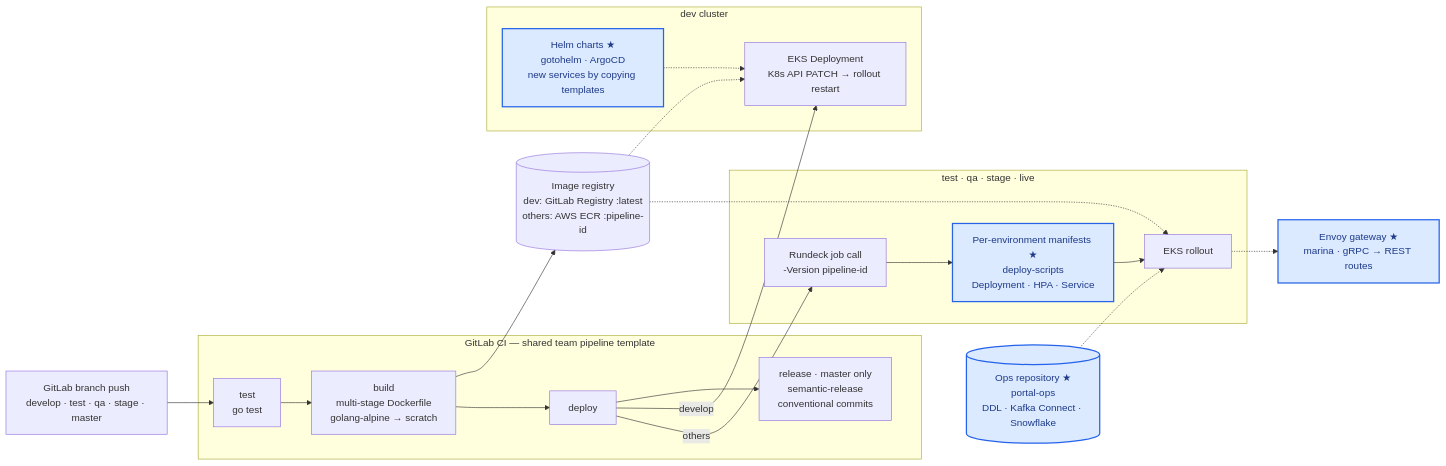
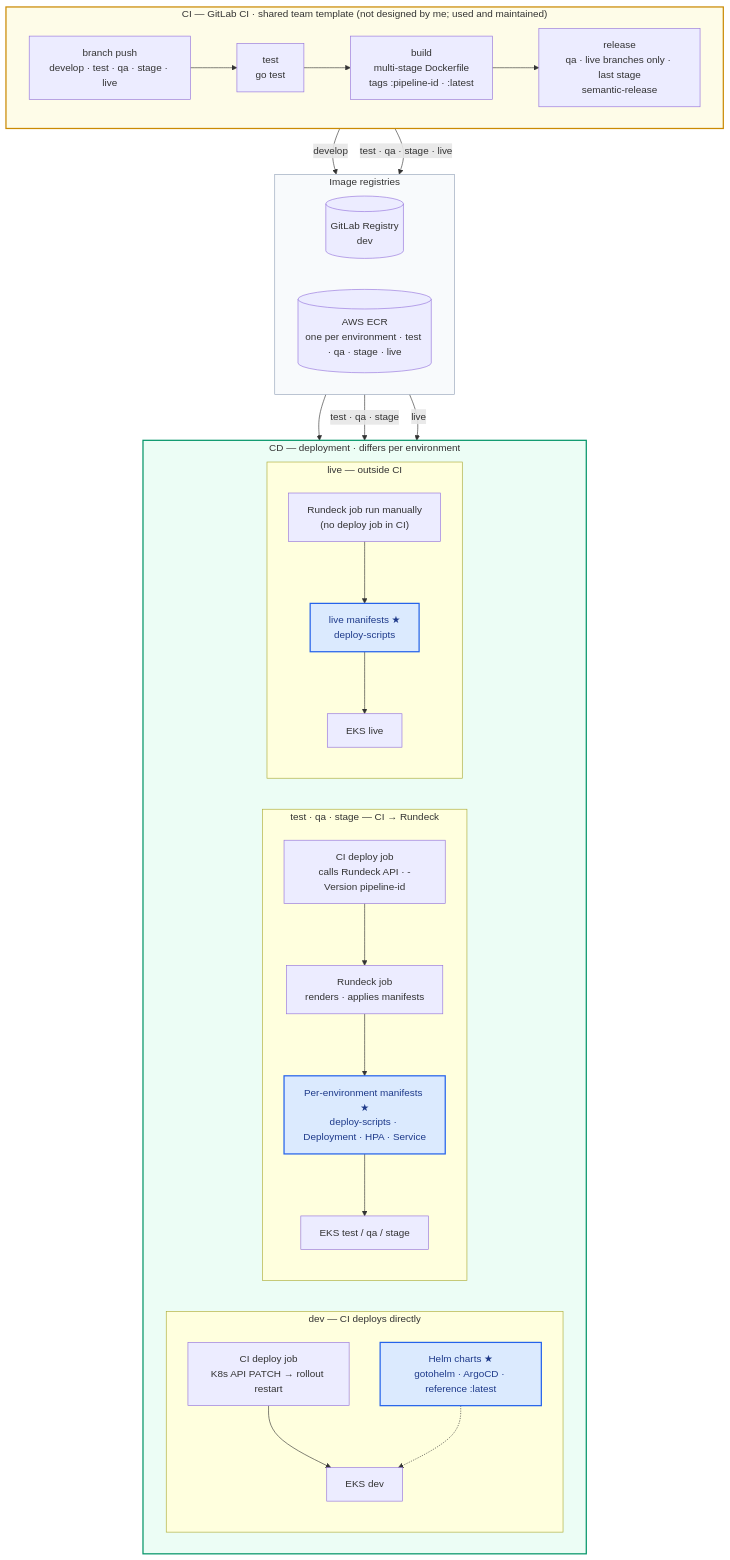
One commit to shalwxy/career changed the diagram in content/diagrams/cicd.en.mmd. Above: the diagram before and after it, drawn with Mermaid. The commit also changed 6 other files, not shown here.

Commit message:
CI/CD 도식: CI/CD 영역 구분, 대역별 흐름 재검증 반영 (live 는 CI 밖 Rundeck, test·qa·stage 는 CI→Rundeck, dev 는 CI→K8s API)

```diff
--- a/content/diagrams/cicd.en.mmd
+++ b/content/diagrams/cicd.en.mmd
@@ -1,32 +1,51 @@
-%% title: CI/CD — from branch push to EKS rollout (team pipeline · ★ = config I added or maintained by copying existing patterns)
-flowchart LR
-    BR[GitLab branch push<br/>develop · test · qa · stage · master]
-    subgraph CI[GitLab CI — shared team pipeline template]
-        T[test<br/>go test]
-        B[build<br/>multi-stage Dockerfile<br/>golang-alpine → scratch]
-        D[deploy]
-        R[release · master only<br/>semantic-release<br/>conventional commits]
+%% title: CI/CD — per-environment flow (★ = config I added or maintained by copying existing patterns)
+flowchart TB
+    subgraph CI["CI — GitLab CI · shared team template (not designed by me; used and maintained)"]
+        direction LR
+        BR["branch push<br/>develop · test · qa · stage · live"]
+        T["test<br/>go test"]
+        B["build<br/>multi-stage Dockerfile<br/>tags :pipeline-id · :latest"]
+        REL["release<br/>qa · live branches only · last stage<br/>semantic-release"]
+        BR --> T --> B --> REL
     end
-    REG[(Image registry<br/>dev: GitLab Registry :latest<br/>others: AWS ECR :pipeline-id)]
-    subgraph DEV[dev cluster]
-        H[Helm charts ★<br/>gotohelm · ArgoCD<br/>new services by copying templates]
-        K1[EKS Deployment<br/>K8s API PATCH → rollout restart]
+    subgraph REG["Image registries"]
+        direction LR
+        R1[("GitLab Registry<br/>dev")]
+        R2[("AWS ECR<br/>one per environment · test · qa · stage · live")]
     end
-    subgraph OPS[test · qa · stage · live]
-        RD[Rundeck job call<br/>-Version pipeline-id]
-        M[Per-environment manifests ★<br/>deploy-scripts<br/>Deployment · HPA · Service]
-        K2[EKS rollout]
+    subgraph CD["CD — deployment · differs per environment"]
+        direction LR
+        subgraph DEVL["dev — CI deploys directly"]
+            direction TB
+            D1["CI deploy job<br/>K8s API PATCH → rollout restart"]
+            H["Helm charts ★<br/>gotohelm · ArgoCD · reference :latest"]
+            K1["EKS dev"]
+            D1 --> K1
+            H -.-> K1
+        end
+        subgraph TQS["test · qa · stage — CI → Rundeck"]
+            direction TB
+            D2["CI deploy job<br/>calls Rundeck API · -Version pipeline-id"]
+            RD["Rundeck job<br/>renders · applies manifests"]
+            M["Per-environment manifests ★<br/>deploy-scripts · Deployment · HPA · Service"]
+            K2["EKS test / qa / stage"]
+            D2 --> RD --> M --> K2
+        end
+        subgraph LIVE["live — outside CI"]
+            direction TB
+            RL["Rundeck job run manually<br/>(no deploy job in CI)"]
+            ML["live manifests ★<br/>deploy-scripts"]
+            K3["EKS live"]
+            RL --> ML --> K3
+        end
     end
-    GW[Envoy gateway ★<br/>marina · gRPC → REST routes]
-    OPSREPO[(Ops repository ★<br/>portal-ops<br/>DDL · Kafka Connect · Snowflake)]
-    BR --> T --> B --> REG
-    B --> D --> R
-    D -- develop --> K1
-    H -.-> K1
-    D -- others --> RD --> M --> K2
-    REG -.-> K1
-    REG -.-> K2
-    K2 -.-> GW
-    OPSREPO -.-> K2
+    B -- develop --> R1
+    B -- "test · qa · stage · live" --> R2
+    R1 --> D1
+    R2 -- "test · qa · stage" --> D2
+    R2 -- live --> RL
     classDef mine fill:#dbeafe,stroke:#2563eb,stroke-width:2px,color:#1e3a8a
-    class H,M,GW,OPSREPO mine
+    class H,M,ML mine
+    style CI fill:#fefce8,stroke:#ca8a04,stroke-width:2px
+    style CD fill:#ecfdf5,stroke:#059669,stroke-width:2px
+    style REG fill:#f8fafc,stroke:#94a3b8
```
